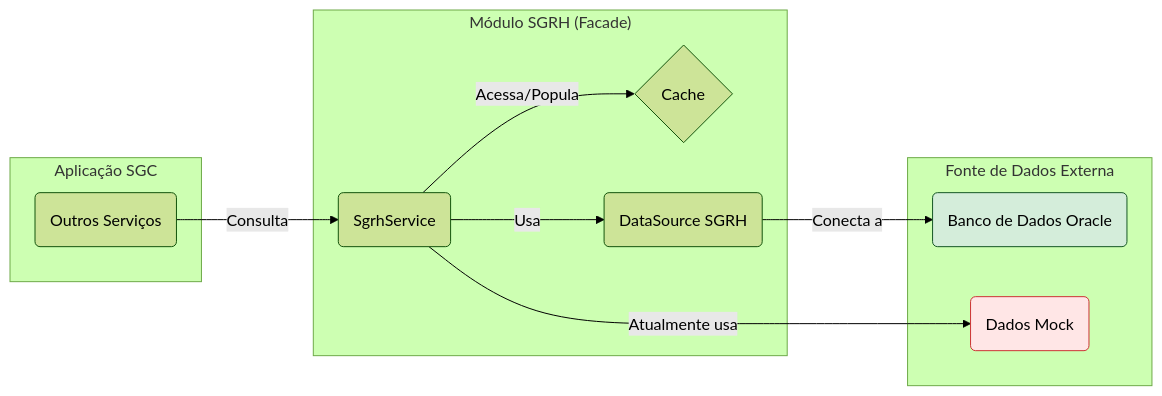
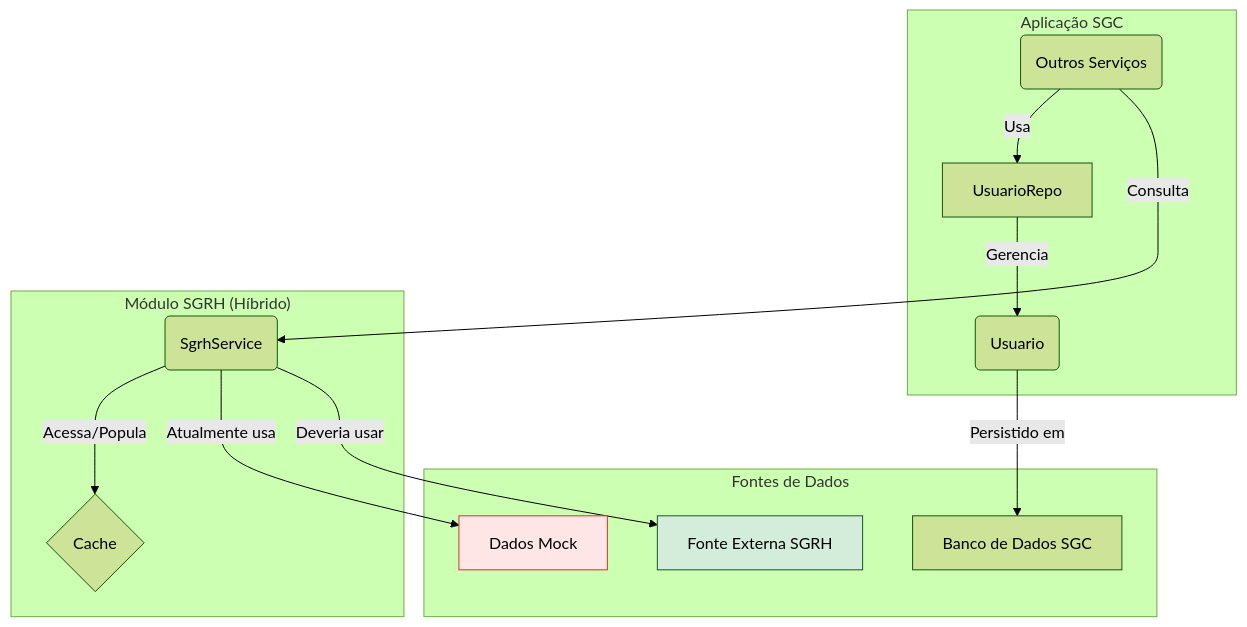
One commit to lgalvao/sgc changed the diagram in backend/src/main/java/sgc/sgrh/README.md. Above: the diagram before and after it, drawn with Mermaid (forest theme). The commit also changed other lines of this file and 9 other files, not shown here.

````diff
--- a/backend/src/main/java/sgc/sgrh/README.md
+++ b/backend/src/main/java/sgc/sgrh/README.md
@@ -92,27 +61,31 @@
 ```mermaid
-graph LR
+graph TD
     subgraph "Aplicação SGC"
-        A(Outros Serviços)
+        U(Usuario)
+        UR[UsuarioRepo]
+        OS(Outros Serviços)
     end
 
-    subgraph "Módulo SGRH (Facade)"
-        B(SgrhService)
+    subgraph "Módulo SGRH (Híbrido)"
+        SS(SgrhService)
         C{Cache}
-        D(DataSource SGRH)
     end
 
-    subgraph "Fonte de Dados Externa"
-        E(Banco de Dados Oracle)
-        F(Dados Mock)
+    subgraph "Fontes de Dados"
+        DB_SGC[Banco de Dados SGC]
+        DB_SGRH_EXT[Fonte Externa SGRH]
+        MOCK[Dados Mock]
     end
 
-    A -- Consulta --> B
-    B -- Acessa/Popula --> C
-    B -- Usa --> D
-    D -- Conecta a --> E
+    OS -- Usa --> UR
+    UR -- Gerencia --> U
+    U -- Persistido em --> DB_SGC
 
-    B -- Atualmente usa --> F
+    OS -- Consulta --> SS
+    SS -- Acessa/Popula --> C
+    SS -- Atualmente usa --> MOCK
+    SS -- Deveria usar --> DB_SGRH_EXT
 
-    style F fill:#ffe6e6,stroke:#c33
-    style E fill:#d4edda,stroke:#155724
+    style MOCK fill:#ffe6e6,stroke:#c33
+    style DB_SGRH_EXT fill:#d4edda,stroke:#155724
 ```
````
